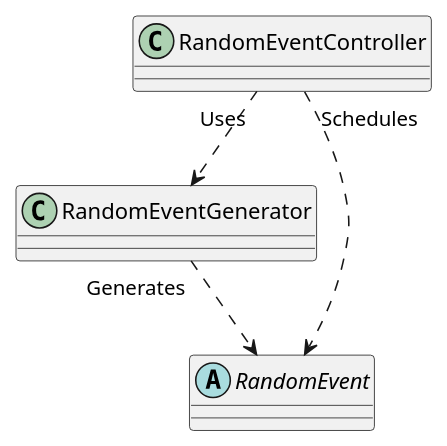
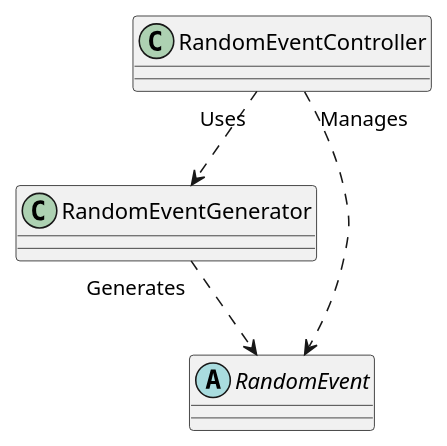
Before and after one commit to GyorgyFerenc/Minecraft-Random-Events: the diagram in documentation/UML/RandomEventsFramework.puml, drawn with PlantUML. The commit also changed 14 other files, not shown here.

```diff
--- a/documentation/UML/RandomEventsFramework.puml
+++ b/documentation/UML/RandomEventsFramework.puml
@@ -1,21 +1,15 @@
 @startuml RandomEventsFramework
 
-class RandomEventController{
+class RandomEventController
 
-}
+class RandomEventGenerator
 
-class RandomEventGenerator{
-
-}
-
-abstract RandomEvent{
-
-}
+abstract RandomEvent
 
 RandomEventController "Uses" ..>  RandomEventGenerator
 
-RandomEventController "Schedules" ..>  RandomEvent
+RandomEventController "Manages" ..>  RandomEvent
 
 RandomEventGenerator "Generates" ..> RandomEvent
 
 @enduml
```
